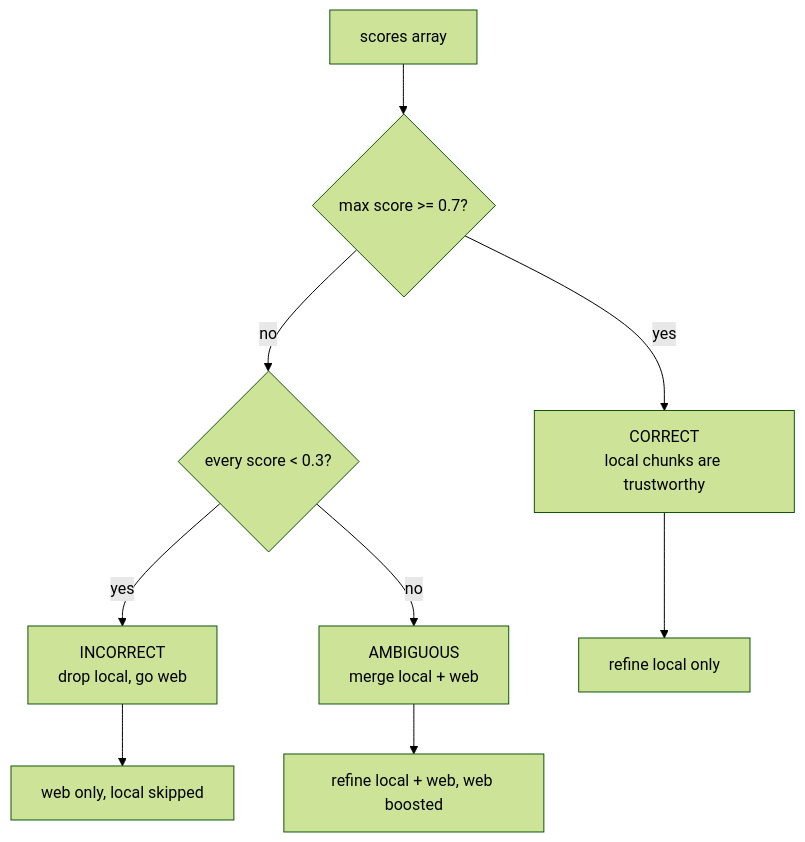
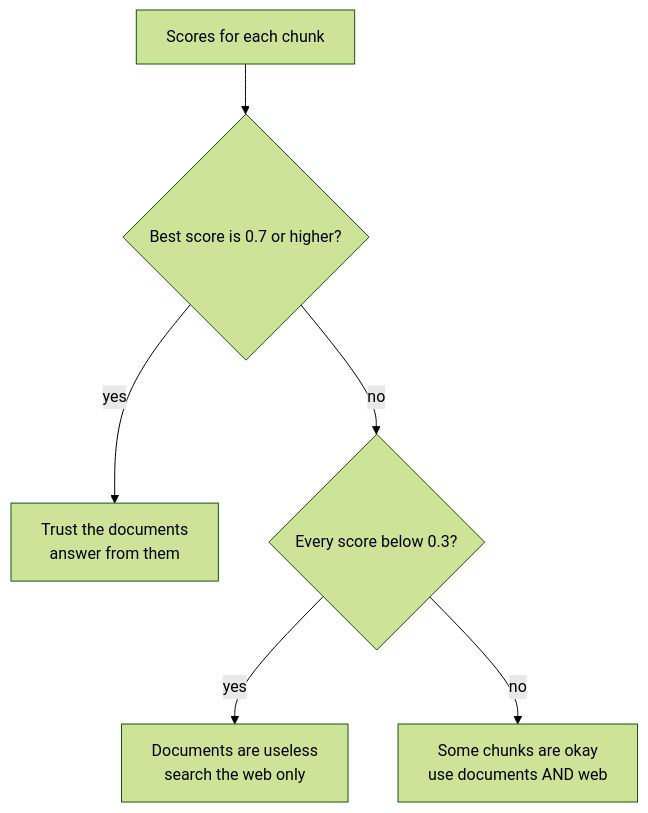
Before and after one commit to hacktivist211/CRAG-pp: the fourth of 4 diagrams in README.md, drawn with Mermaid (forest theme). The commit also changed other lines of this file, not shown here.

````diff
--- a/README.md
+++ b/README.md
@@ -290,11 +189,8 @@
 ```mermaid
 flowchart TD
-    SC["scores array"] --> MX{"max score >= 0.7?"}
-    MX -->|yes| CORR["CORRECT<br/>local chunks are trustworthy"]
-    MX -->|no| ALL{"every score < 0.3?"}
-    ALL -->|yes| INC["INCORRECT<br/>drop local, go web"]
-    ALL -->|no| AMB["AMBIGUOUS<br/>merge local + web"]
-    CORR --> PATH1["refine local only"]
-    AMB --> PATH2["refine local + web, web boosted"]
-    INC --> PATH3["web only, local skipped"]
+    Scores["Scores for each chunk"] --> High{"Best score is 0.7 or higher?"}
+    High -->|yes| Good["Trust the documents<br/>answer from them"]
+    High -->|no| Low{"Every score below 0.3?"}
+    Low -->|yes| Bad["Documents are useless<br/>search the web only"]
+    Low -->|no| Mixed["Some chunks are okay<br/>use documents AND web"]
 ```
````
